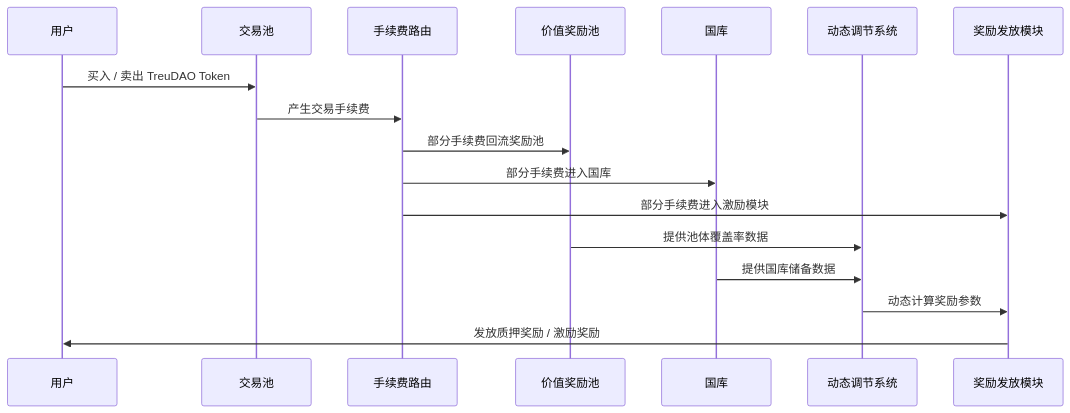
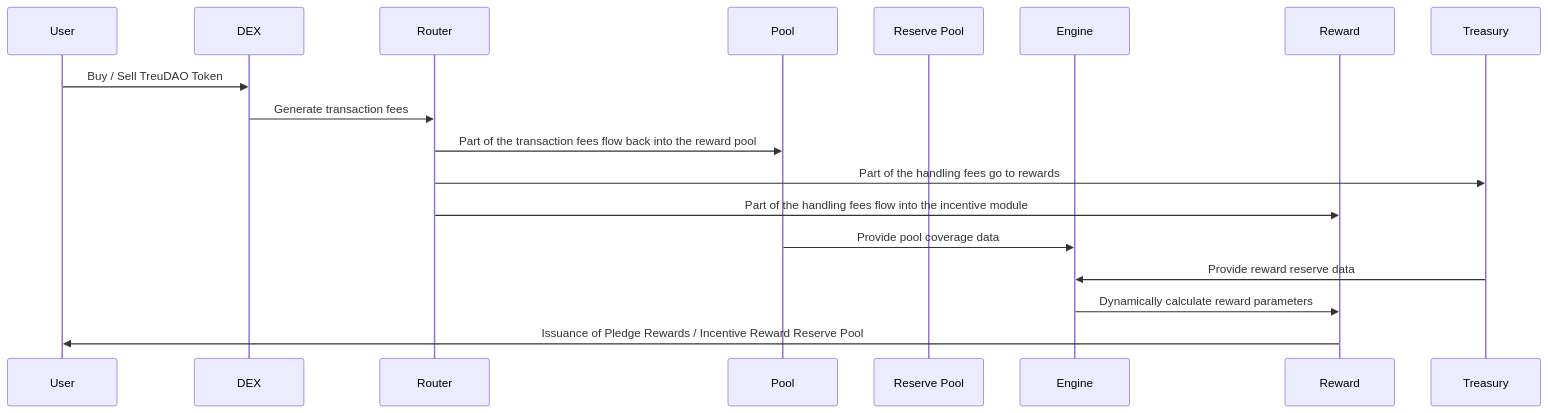
Before and after one commit to TrueDAOAI/TrueDAO: the second of 3 diagrams in README.md, drawn with Mermaid. The commit also changed other lines of this file, not shown here.

````diff
--- a/README.md
+++ b/README.md
@@ -95,20 +97,20 @@
 ```mermaid
 sequenceDiagram
-    participant User as 用户
-    participant DEX as 交易池
-    participant Router as 手续费路由
-    participant Pool as 价值奖励池
-    participant Treasury as 国库
-    participant Engine as 动态调节系统
-    participant Reward as 奖励发放模块
+    participant User  
+    participant DEX  
+    participant Router 
+    participant Pool 
+    participant Reserve Pool 
+    participant Engine 
+    participant Reward 
 
-    User->>DEX: 买入 / 卖出 TreuDAO Token
-    DEX->>Router: 产生交易手续费
-    Router->>Pool: 部分手续费回流奖励池
-    Router->>Treasury: 部分手续费进入国库
-    Router->>Reward: 部分手续费进入激励模块
-    Pool->>Engine: 提供池体覆盖率数据
-    Treasury->>Engine: 提供国库储备数据
-    Engine->>Reward: 动态计算奖励参数
-    Reward->>User: 发放质押奖励 / 激励奖励
+    User->>DEX: Buy / Sell TreuDAO Token
+    DEX->>Router: Generate transaction fees
+    Router->>Pool: Part of the transaction fees flow back into the reward pool
+    Router->>Treasury: Part of the handling fees go to rewards
+    Router->>Reward: Part of the handling fees flow into the incentive module
+    Pool->>Engine: Provide pool coverage data
+    Treasury->>Engine: Provide reward reserve data
+    Engine->>Reward: Dynamically calculate reward parameters
+    Reward->>User: Issuance of Pledge Rewards / Incentive Reward Reserve Pool
 ```
````
